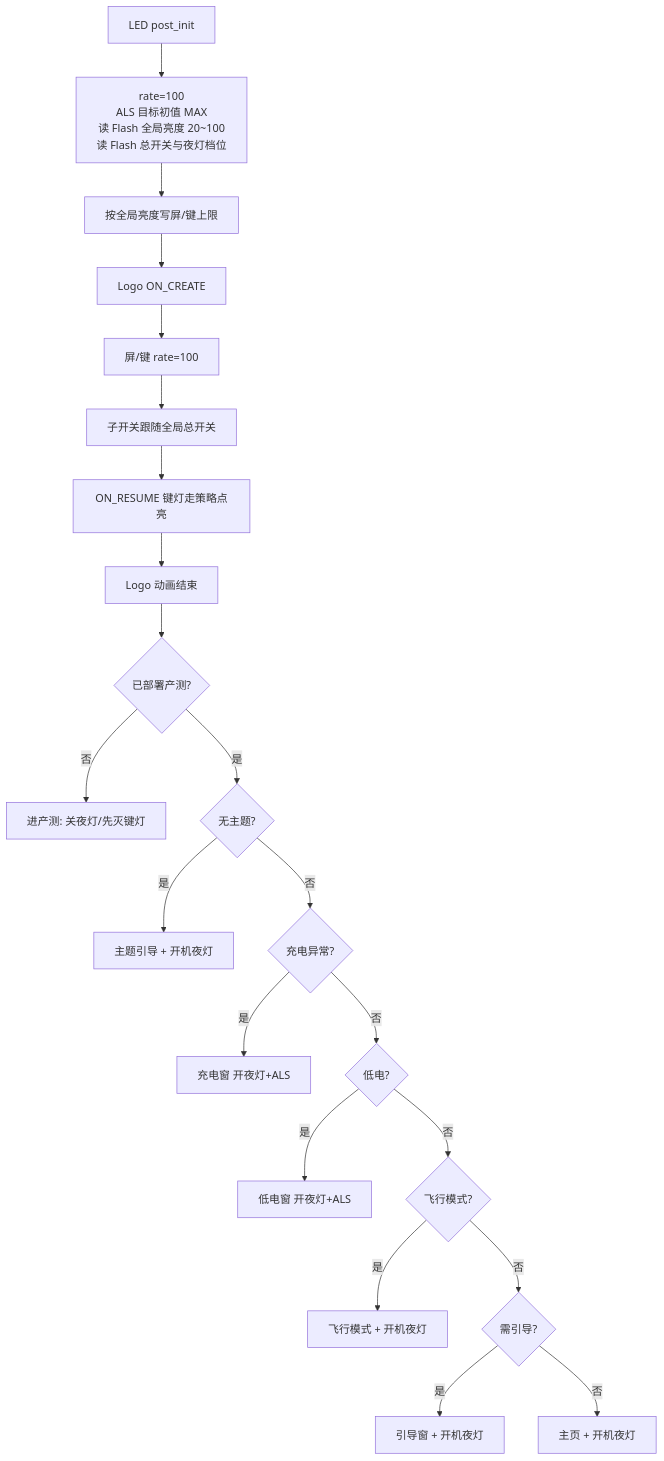
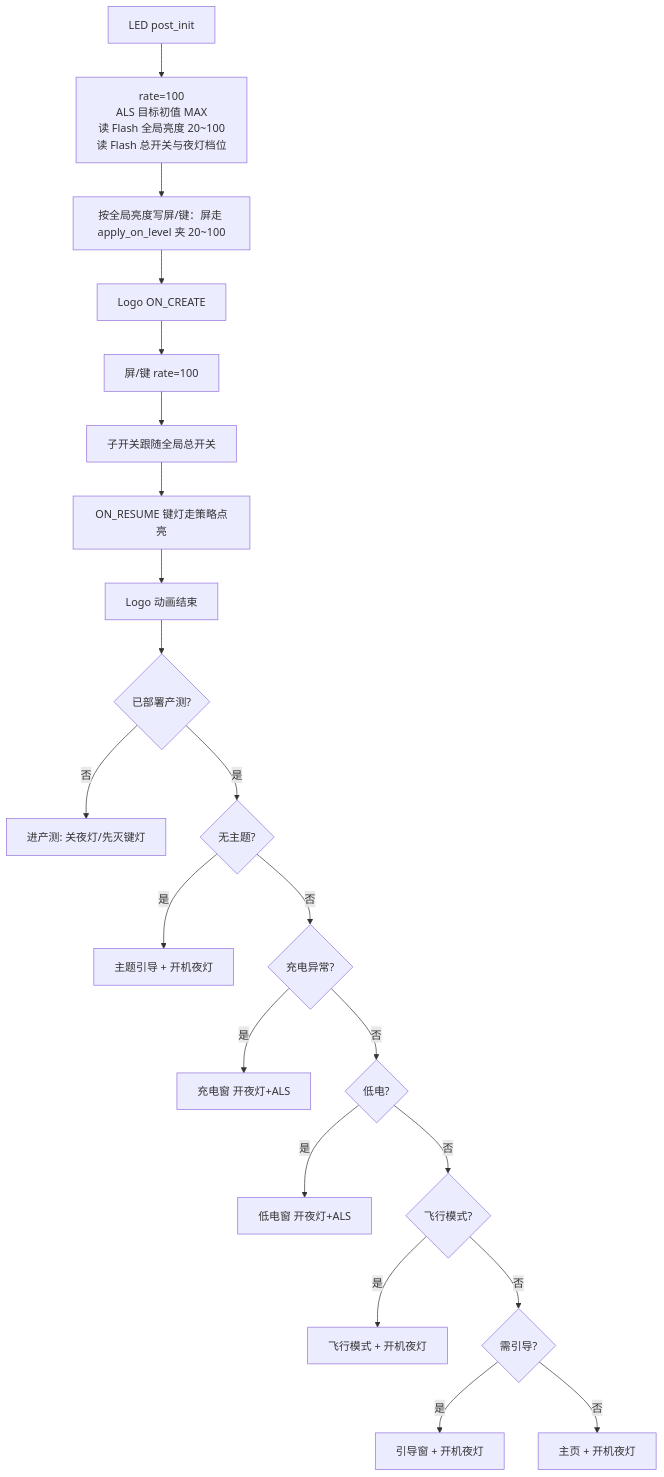
Before and after one commit to yuhuang163/pump_v3: diagram 20 of 20 in overlay/framework_hooks/led/灯光策略.md, drawn with Mermaid. The commit also changed other lines of this file and 5 other files, not shown here.

````diff
--- a/overlay/framework_hooks/led/灯光策略.md
+++ b/overlay/framework_hooks/led/灯光策略.md
@@ -425,23 +693,23 @@
 ```mermaid
 flowchart TD
     BOOT[LED post_init] --> INIT[rate=100<br/>ALS 目标初值 MAX<br/>读 Flash 全局亮度 20~100<br/>读 Flash 总开关与夜灯档位]
-    INIT --> APPLY[按全局亮度写屏/键上限]
+    INIT --> APPLY[按全局亮度写屏/键：屏走 apply_on_level 夹 20~100]
     APPLY --> LOGO[Logo ON_CREATE]
     LOGO --> L1[屏/键 rate=100]
     L1 --> L2[子开关跟随全局总开关]
     L2 --> L3[ON_RESUME 键灯走策略点亮]
     L3 --> DONE[Logo 动画结束]
     DONE --> FT{已部署产测?}
     FT -->|否| TEST[进产测: 关夜灯/先灭键灯]
     FT -->|是| THEME{无主题?}
     THEME -->|是| TG[主题引导 + 开机夜灯]
     THEME -->|否| CHG{充电异常?}
     CHG -->|是| CHARGE[充电窗 开夜灯+ALS]
     CHG -->|否| LOW{低电?}
     LOW -->|是| BATW[低电窗 开夜灯+ALS]
     LOW -->|否| AIR{飞行模式?}
     AIR -->|是| AIRW[飞行模式 + 开机夜灯]
     AIR -->|否| GD{需引导?}
     GD -->|是| GUIDE[引导窗 + 开机夜灯]
     GD -->|否| HOME[主页 + 开机夜灯]
 ```
````
